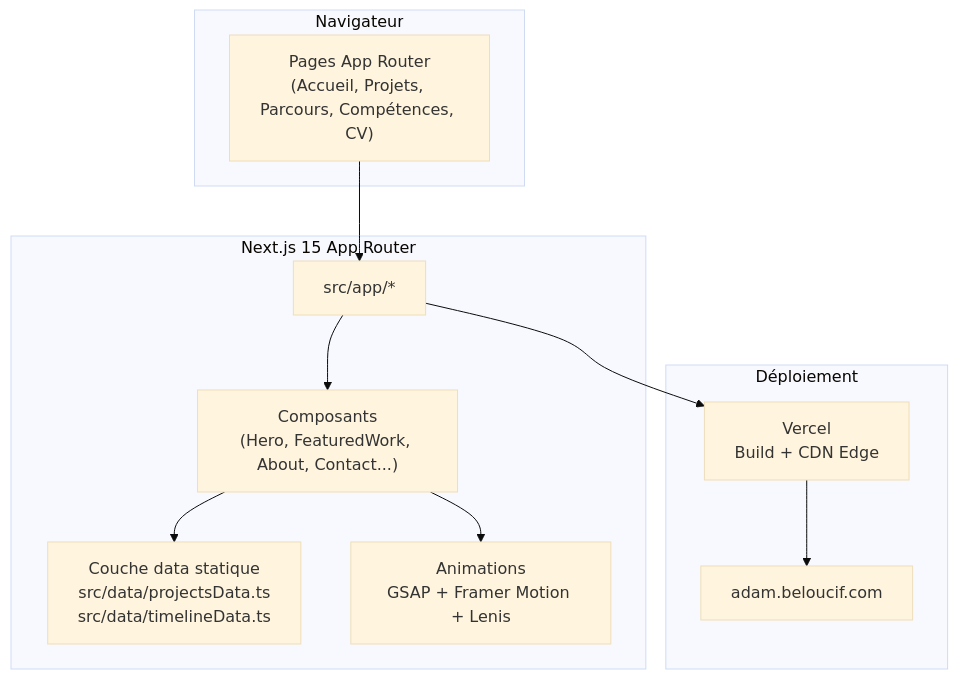
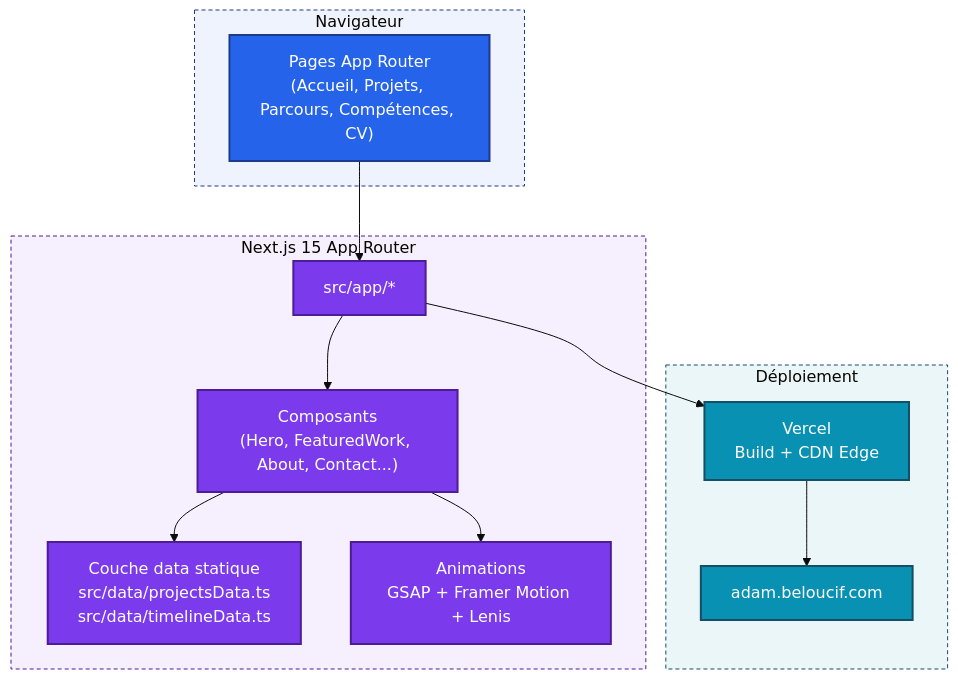
The diagram in README.md (Adam-Blf/adam-portfolio), drawn with Mermaid (base theme) before and after one commit.

Commit message:
docs: add colors to mermaid diagrams (#7)
Each node gets a palette class (by subgraph or by flow depth), subgraphs are tinted, non-flowchart diagrams use a colored base theme. Validated by rendering every diagram before and after.

````diff
--- a/README.md
+++ b/README.md
@@ -15,25 +15,35 @@
 ```mermaid
 flowchart TD
     subgraph Client["Navigateur"]
         UI["Pages App Router\n(Accueil, Projets, Parcours, Compétences, CV)"]
     end
 
     subgraph App["Next.js 15 App Router"]
         Pages["src/app/*"]
         Components["Composants\n(Hero, FeaturedWork, About, Contact...)"]
         Data["Couche data statique\nsrc/data/projectsData.ts\nsrc/data/timelineData.ts"]
         Anim["Animations\nGSAP + Framer Motion + Lenis"]
     end
 
     subgraph Deploy["Déploiement"]
         Vercel["Vercel\nBuild + CDN Edge"]
         Domain["adam.beloucif.com"]
     end
 
     UI --> Pages
     Pages --> Components
     Components --> Data
     Components --> Anim
     Pages --> Vercel
     Vercel --> Domain
+
+    classDef c0 fill:#2563eb,stroke:#1e3a8a,stroke-width:2px,color:#ffffff
+    classDef c1 fill:#7c3aed,stroke:#4c1d95,stroke-width:2px,color:#ffffff
+    classDef c2 fill:#0891b2,stroke:#164e63,stroke-width:2px,color:#ffffff
+    class UI c0
+    class Pages,Components,Data,Anim c1
+    class Vercel,Domain c2
+    style Client fill:#2563eb14,stroke:#1e3a8a,stroke-width:1px,stroke-dasharray:4 3
+    style App fill:#7c3aed14,stroke:#4c1d95,stroke-width:1px,stroke-dasharray:4 3
+    style Deploy fill:#0891b214,stroke:#164e63,stroke-width:1px,stroke-dasharray:4 3
 ```
````
